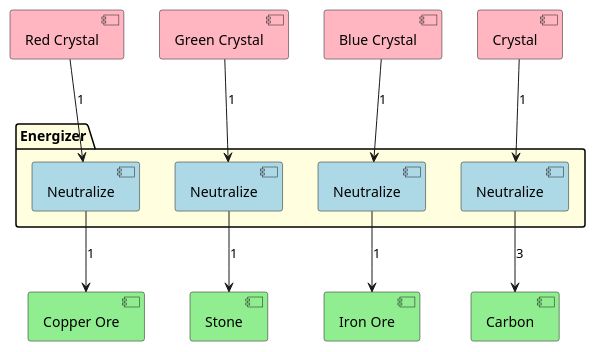
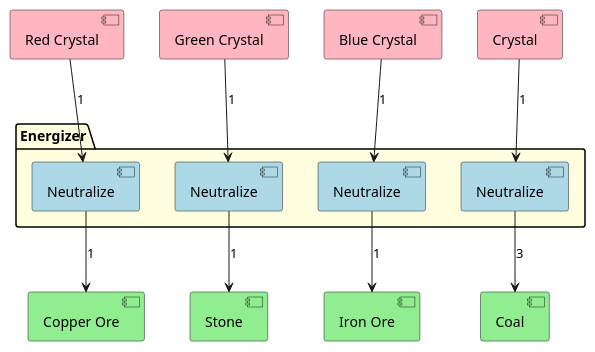
One commit to Thomas-De-Praetere/CrystalMod changed the diagram in Documentation/CreateOre.puml. Above: the diagram before and after it, drawn with PlantUML. The commit also changed 1 other file, not shown here.

Commit message:
Added manual flow

```diff
--- a/Documentation/CreateOre.puml
+++ b/Documentation/CreateOre.puml
@@ -1,34 +1,34 @@
 @startuml
 
 hide methods
 hide fields
 hide circle
 
 [Red Crystal] as RC #lightpink
 [Green Crystal] as GC #lightpink
 [Blue Crystal] as BC #lightpink
 [Crystal] as C #lightpink
 
 [Iron Ore] as FE #lightgreen
 [Copper Ore] as CU #lightgreen
 [Stone] as S #lightgreen
-[Carbon] as Ca #lightgreen
+[Coal] as Ca #lightgreen
 
 package Energizer #lightyellow {
 [Neutralize] as NR #lightblue
 [Neutralize] as NG #lightblue
 [Neutralize] as NB #lightblue
 [Neutralize] as NC #lightblue
 }
 
 RC --> NR : 1
 GC --> NG : 1
 BC --> NB : 1
 C --> NC : 1
 
 NR --> CU : 1
 NG --> S : 1
 NB --> FE : 1
 NC --> Ca : 3
 
 @enduml
```
